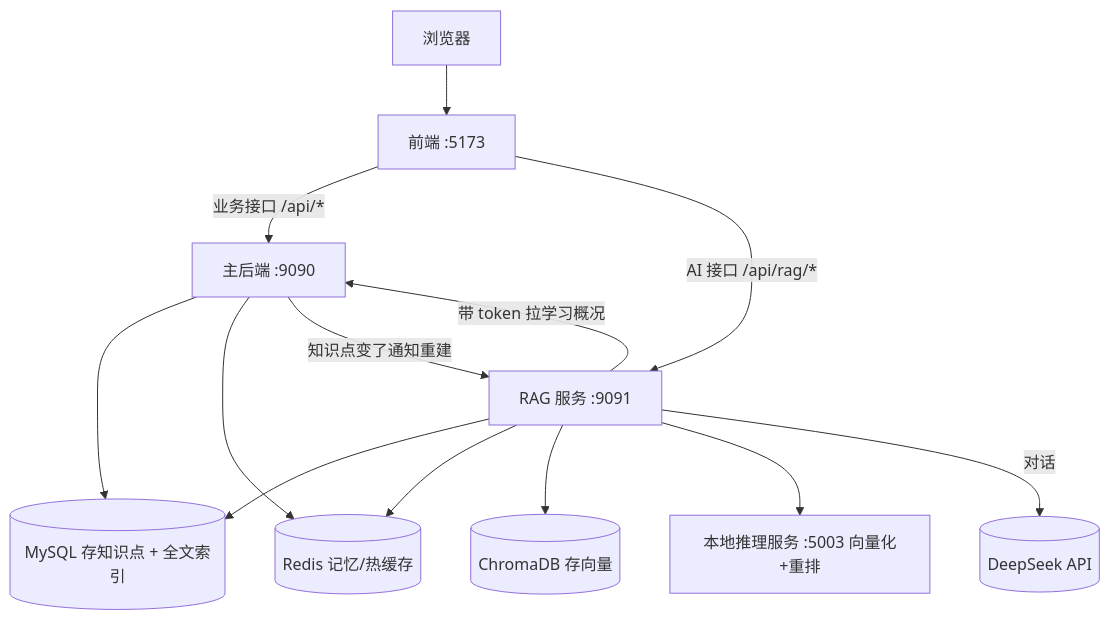
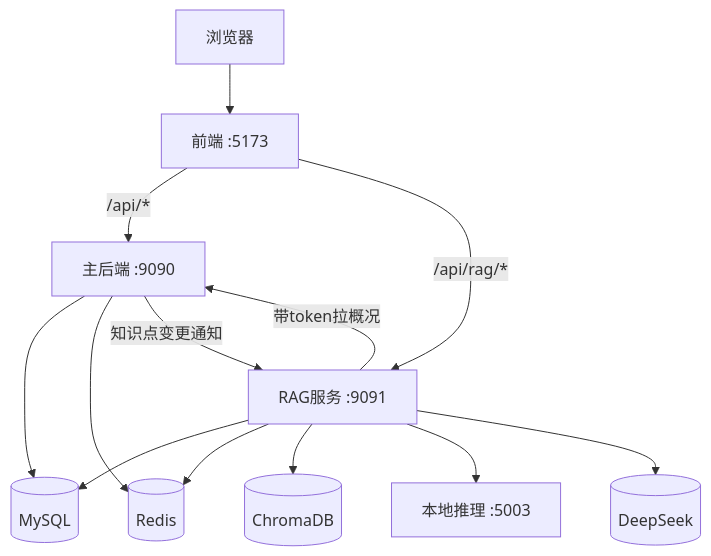
Before and after one commit to llAA-LL/smart-learn-stream: the diagram in docs/完整项目资料.md, drawn with Mermaid. The commit also changed other lines of this file, not shown here.

````diff
--- a/docs/完整项目资料.md
+++ b/docs/完整项目资料.md
@@ -265,15 +387,15 @@
 ```mermaid
 graph TD
     U[浏览器] --> F[前端 :5173]
-    F -->|业务接口 /api/*| B[主后端 :9090]
-    F -->|AI 接口 /api/rag/*| R[RAG 服务 :9091]
-    B --> M[(MySQL 存业务数据)]
-    B --> D[(Redis 缓存/锁/限流)]
-    B -->|知识点变了通知重建| R
-    R --> M[(MySQL 存知识点 + 全文索引)]
-    R --> D[(Redis 记忆/热缓存)]
-    R --> C[(ChromaDB 存向量)]
-    R --> E[本地推理服务 :5003 向量化+重排]
-    R -->|对话| LLM[(DeepSeek API)]
-    R -->|带 token 拉学习概况| B
+    F -->|/api/*| B[主后端 :9090]
+    F -->|/api/rag/*| R[RAG服务 :9091]
+    B --> M[(MySQL)]
+    B --> D[(Redis)]
+    B -->|知识点变更通知| R
+    R --> M
+    R --> D
+    R --> C[(ChromaDB)]
+    R --> E[本地推理 :5003]
+    R --> L[(DeepSeek)]
+    R -->|带token拉概况| B
 ```
````
